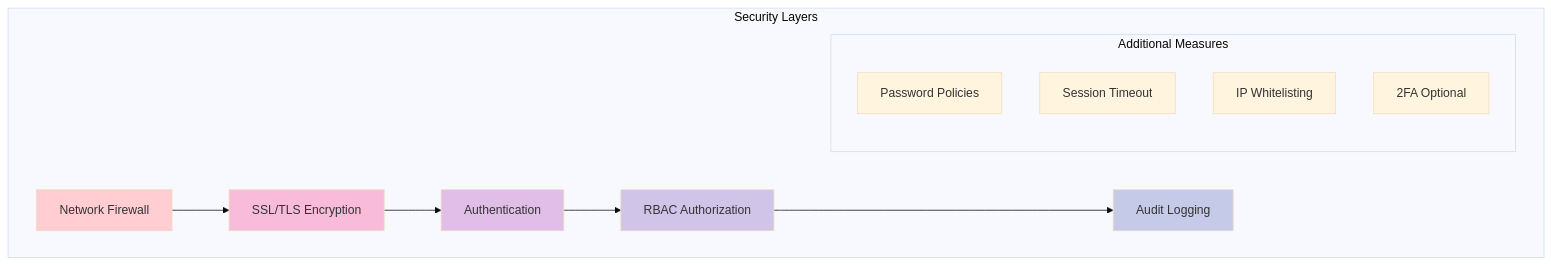
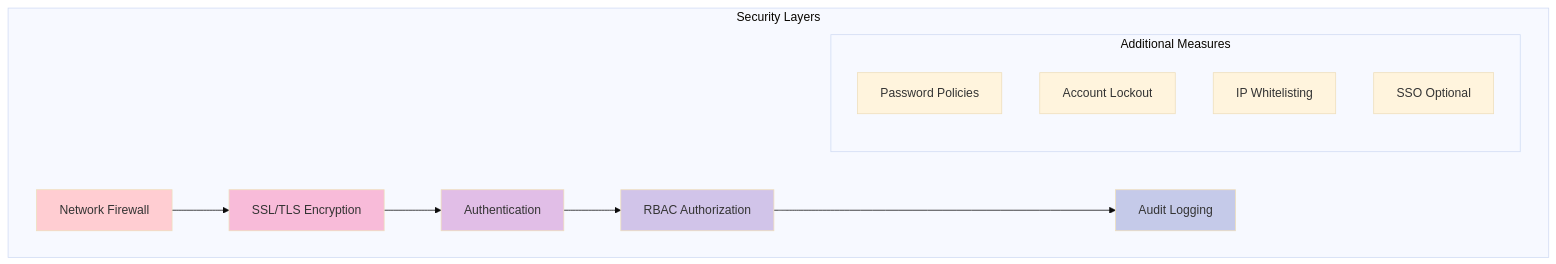
One commit to OneUptime/blog changed the sixth of 6 diagrams in posts/2026-01-07-ceph-dashboard-cluster-management/README.md. Above: the diagram before and after it, drawn with Mermaid (base theme). The commit also changed other lines of this file and 2 other files, not shown here.

````diff
--- a/posts/2026-01-07-ceph-dashboard-cluster-management/README.md
+++ b/posts/2026-01-07-ceph-dashboard-cluster-management/README.md
@@ -750,22 +761,22 @@
 ```mermaid
 graph TB
     subgraph "Security Layers"
         A[Network Firewall] --> B[SSL/TLS Encryption]
         B --> C[Authentication]
         C --> D[RBAC Authorization]
         D --> E[Audit Logging]
 
         subgraph "Additional Measures"
             F[Password Policies]
-            G[Session Timeout]
+            G[Account Lockout]
             H[IP Whitelisting]
-            I[2FA Optional]
+            I[SSO Optional]
         end
     end
 
     style A fill:#ffcdd2
     style B fill:#f8bbd9
     style C fill:#e1bee7
     style D fill:#d1c4e9
     style E fill:#c5cae9
 ```
````
